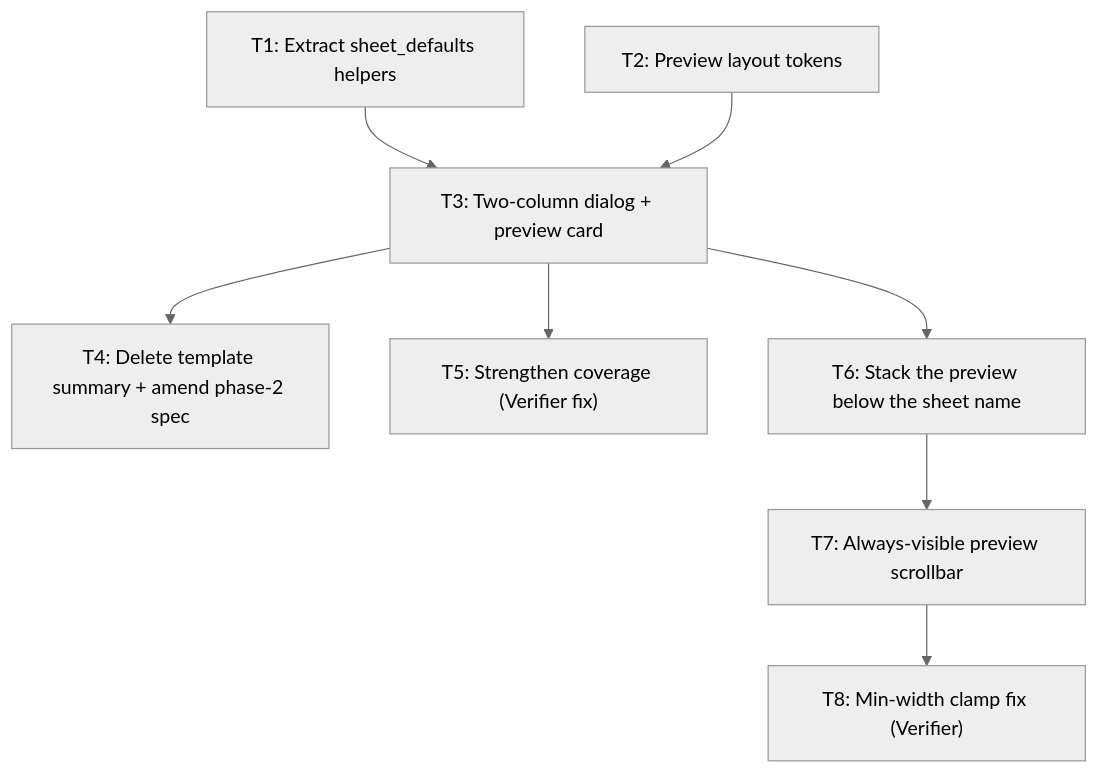
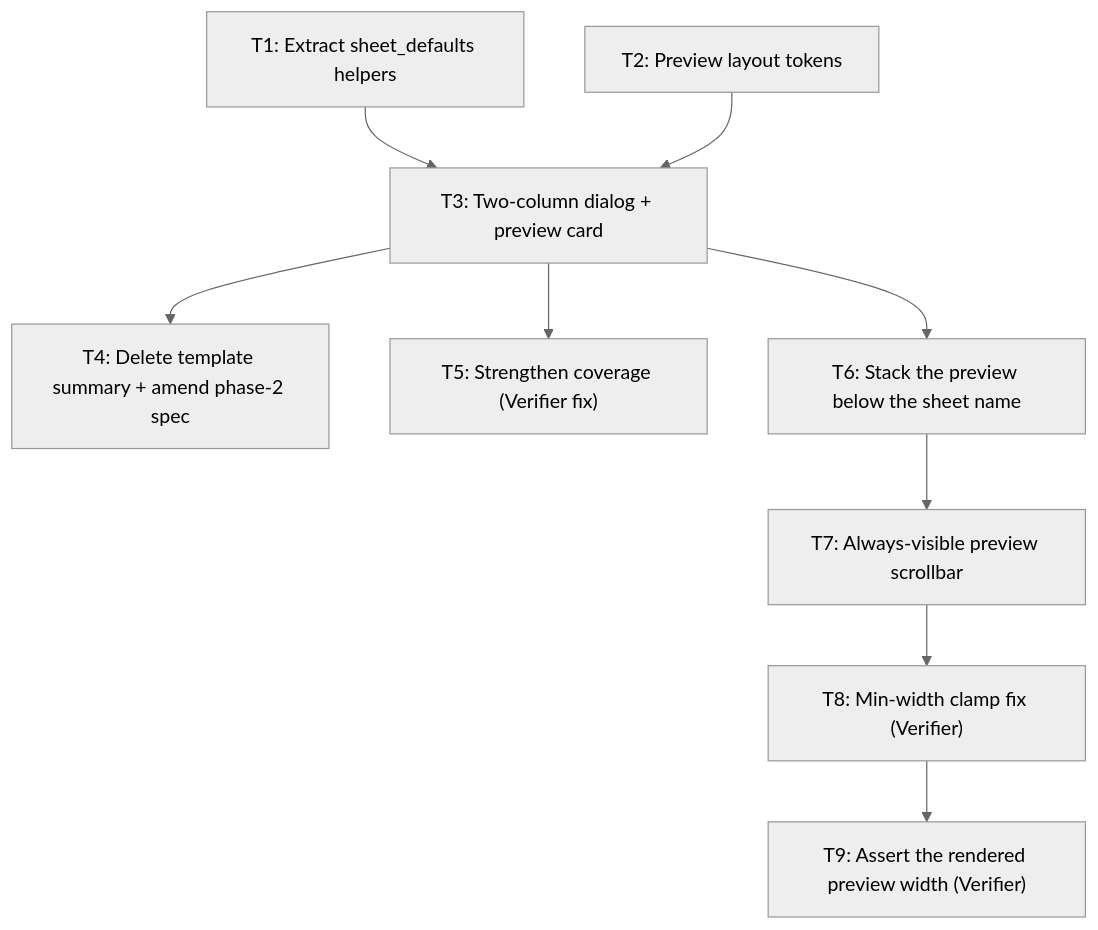
The diagram in .specs/features/front-end-phase-3-sheet-preview/tasks.md (paulo-valleriote/legnaris), drawn with Mermaid (neutral theme) before and after one commit. The commit also changed other lines of this file and 2 other files, not shown here.

First line of the commit message:
test(LGN-100): assert the rendered preview width

````diff
--- a/.specs/features/front-end-phase-3-sheet-preview/tasks.md
+++ b/.specs/features/front-end-phase-3-sheet-preview/tasks.md
@@ -212,10 +225,11 @@
 ```mermaid
 flowchart TD
     T1["T1: Extract sheet_defaults helpers"] --> T3["T3: Two-column dialog + preview card"]
     T2["T2: Preview layout tokens"] --> T3
     T3 --> T4["T4: Delete template summary + amend phase-2 spec"]
     T3 --> T5["T5: Strengthen coverage (Verifier fix)"]
     T3 --> T6["T6: Stack the preview below the sheet name"]
     T6 --> T7["T7: Always-visible preview scrollbar"]
     T7 --> T8["T8: Min-width clamp fix (Verifier)"]
+    T8 --> T9["T9: Assert the rendered preview width (Verifier)"]
 ```
````
